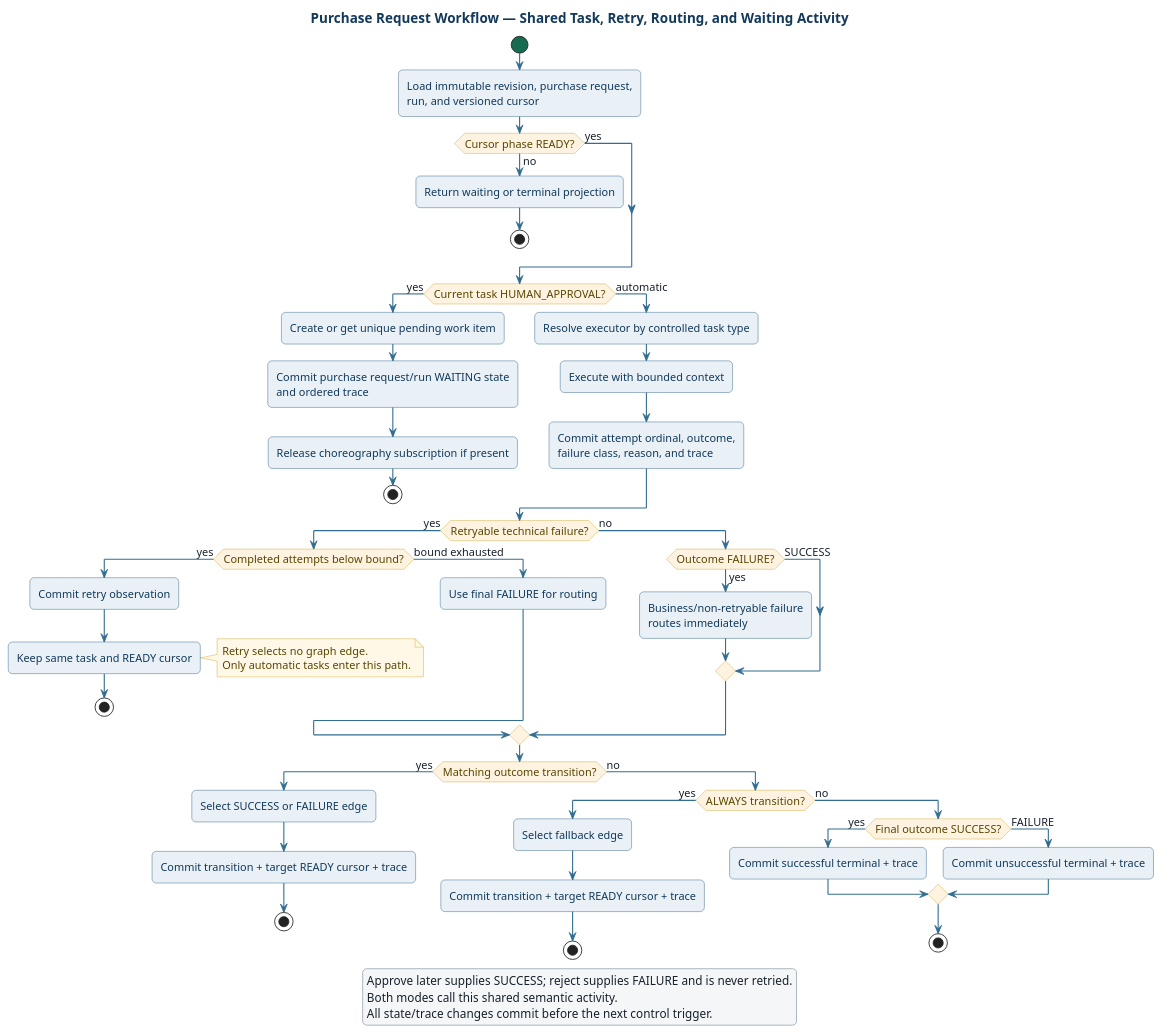
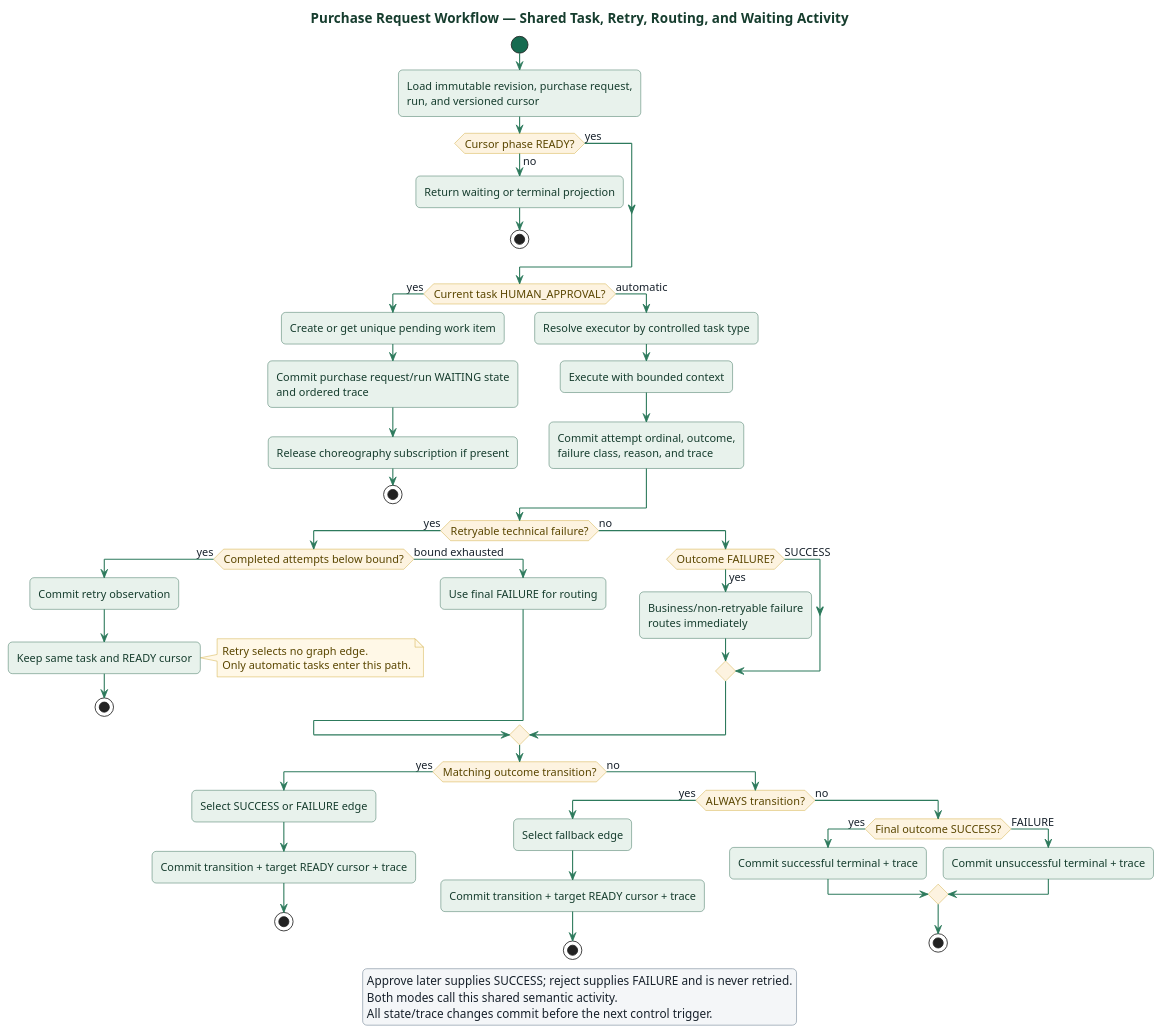
Before and after one commit to MAES1102/WMS: the diagram in docs/architecture/uml/routing-retry-activity.puml, drawn with PlantUML. The commit also changed 33 other files, not shown here.

```diff
--- a/docs/architecture/uml/routing-retry-activity.puml
+++ b/docs/architecture/uml/routing-retry-activity.puml
@@ -1,103 +1,103 @@
 @startuml
 title Purchase Request Workflow — Shared Task, Retry, Routing, and Waiting Activity
 skinparam shadowing false
 skinparam backgroundColor white
 skinparam defaultFontName Helvetica
 skinparam defaultFontSize 13
 skinparam roundcorner 10
-skinparam ArrowColor #326d91
+skinparam ArrowColor #2d7a5c
 skinparam ArrowThickness 1.3
-skinparam titleFontColor #12395b
+skinparam titleFontColor #163d2e
 skinparam titleFontSize 16
 skinparam titleFontStyle bold
 skinparam activity {
-  BackgroundColor #e9f1f6
-  BorderColor #1d567d
-  FontColor #12395b
+  BackgroundColor #e8f2ec
+  BorderColor #1f5c44
+  FontColor #163d2e
   DiamondBackgroundColor #fdf3e0
   DiamondBorderColor #c9a227
   DiamondFontColor #5a4600
   StartColor #176b50
   EndColor #ad3026
-  ArrowColor #326d91
+  ArrowColor #2d7a5c
   ArrowFontColor #17212b
 }
 skinparam note {
   BackgroundColor #fff8e7
   BorderColor #c9a227
   FontColor #5a4600
 }
 skinparam legend {
   BackgroundColor #f4f6f8
   BorderColor #9eabb7
   FontColor #17212b
 }
 
 start
 :Load immutable revision, purchase request,
 run, and versioned cursor;
 
 if (Cursor phase READY?) then (no)
   :Return waiting or terminal projection;
   stop
 else (yes)
 endif
 
 if (Current task HUMAN_APPROVAL?) then (yes)
   :Create or get unique pending work item;
   :Commit purchase request/run WAITING state
   and ordered trace;
   :Release choreography subscription if present;
   stop
 else (automatic)
   :Resolve executor by controlled task type;
   :Execute with bounded context;
   :Commit attempt ordinal, outcome,
   failure class, reason, and trace;
 endif
 
 if (Retryable technical failure?) then (yes)
   if (Completed attempts below bound?) then (yes)
     :Commit retry observation;
     :Keep same task and READY cursor;
     note right
     Retry selects no graph edge.
     Only automatic tasks enter this path.
     end note
     stop
   else (bound exhausted)
     :Use final FAILURE for routing;
   endif
 else (no)
   if (Outcome FAILURE?) then (yes)
     :Business/non-retryable failure
     routes immediately;
   else (SUCCESS)
   endif
 endif
 
 if (Matching outcome transition?) then (yes)
   :Select SUCCESS or FAILURE edge;
   :Commit transition + target READY cursor + trace;
   stop
 else (no)
   if (ALWAYS transition?) then (yes)
     :Select fallback edge;
     :Commit transition + target READY cursor + trace;
     stop
   else (no)
     if (Final outcome SUCCESS?) then (yes)
       :Commit successful terminal + trace;
     else (FAILURE)
       :Commit unsuccessful terminal + trace;
     endif
     stop
   endif
 endif
 
 legend
 Approve later supplies SUCCESS; reject supplies FAILURE and is never retried.
 Both modes call this shared semantic activity.
 All state/trace changes commit before the next control trigger.
 endlegend
 @enduml
```
